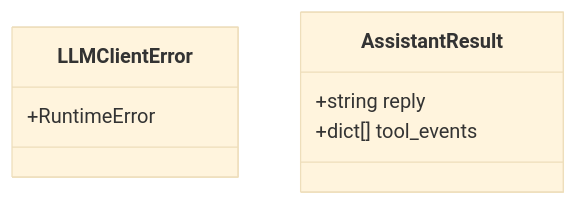
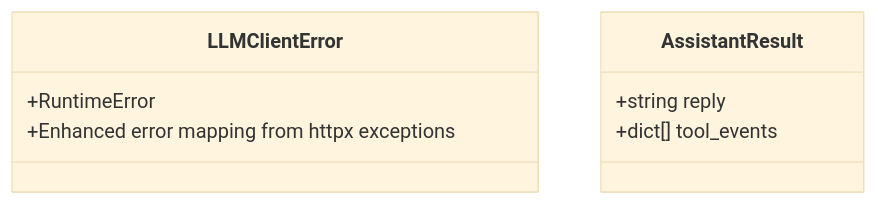
One commit to Sovetsky-Soyuz/AI-Assistant changed the fourth of 8 diagrams in .qoder/repowiki/en/content/Backend Components/LLM Integration Layer/Client Architecture and Factory Pattern.md. Above: the diagram before and after it, drawn with Mermaid (base theme). The commit also changed other lines of this file and 10 other files, not shown here.

````diff
--- a/.qoder/repowiki/en/content/Backend Components/LLM Integration Layer/Client Architecture and Factory Pattern.md
+++ b/.qoder/repowiki/en/content/Backend Components/LLM Integration Layer/Client Architecture and Factory Pattern.md
@@ -152,10 +172,11 @@
 ```mermaid
 classDiagram
 class LLMClientError {
 +RuntimeError
++Enhanced error mapping from httpx exceptions
 }
 class AssistantResult {
 +string reply
 +dict[] tool_events
 }
 ```
````
